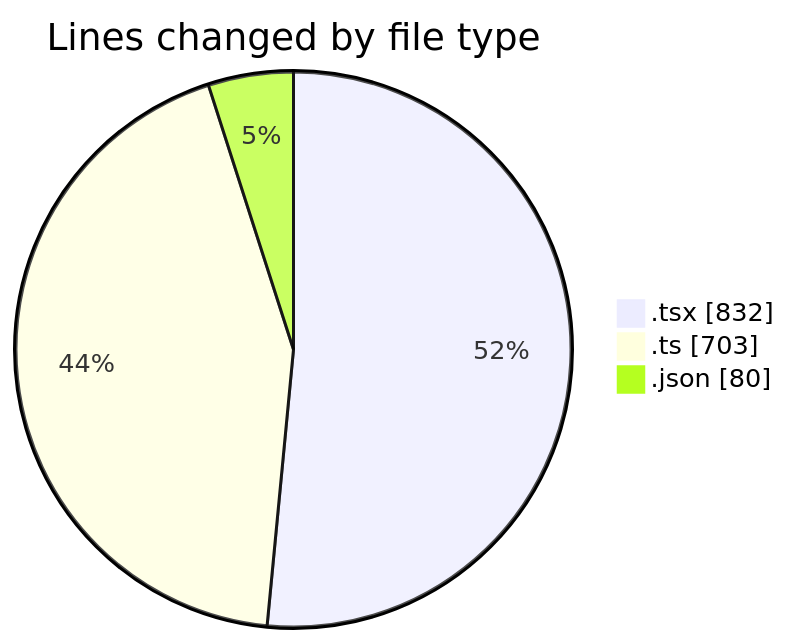
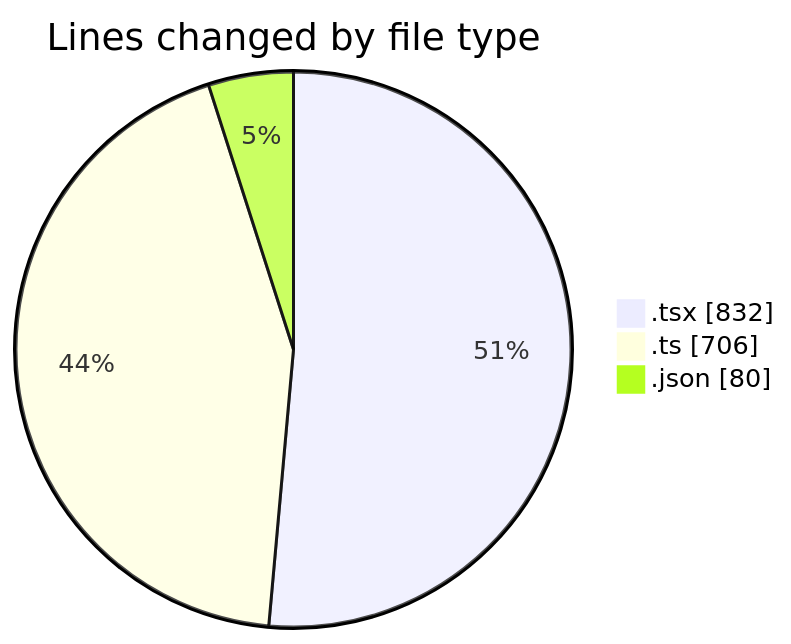
Before and after one commit to nxtqubesakshisongat/code-tracking: the first of 2 diagrams in 2026-03-25/nxtqube_webapp/README.md, drawn with Mermaid. The commit also changed other lines of this file and 1 other file, not shown here.

````diff
--- a/2026-03-25/nxtqube_webapp/README.md
+++ b/2026-03-25/nxtqube_webapp/README.md
@@ -25,7 +25,7 @@
 ```mermaid
 pie showData
 title Lines changed by file type
 ".tsx" : 832
-".ts" : 703
+".ts" : 706
 ".json" : 80
 ```
````
